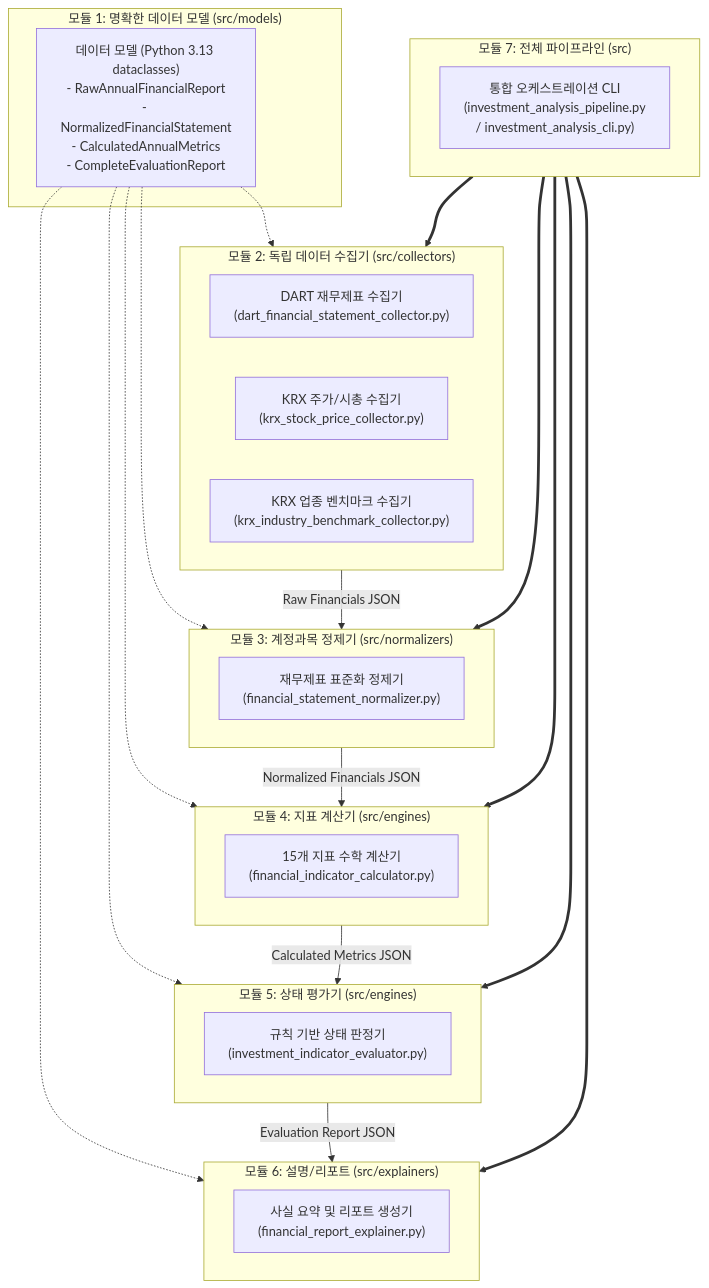
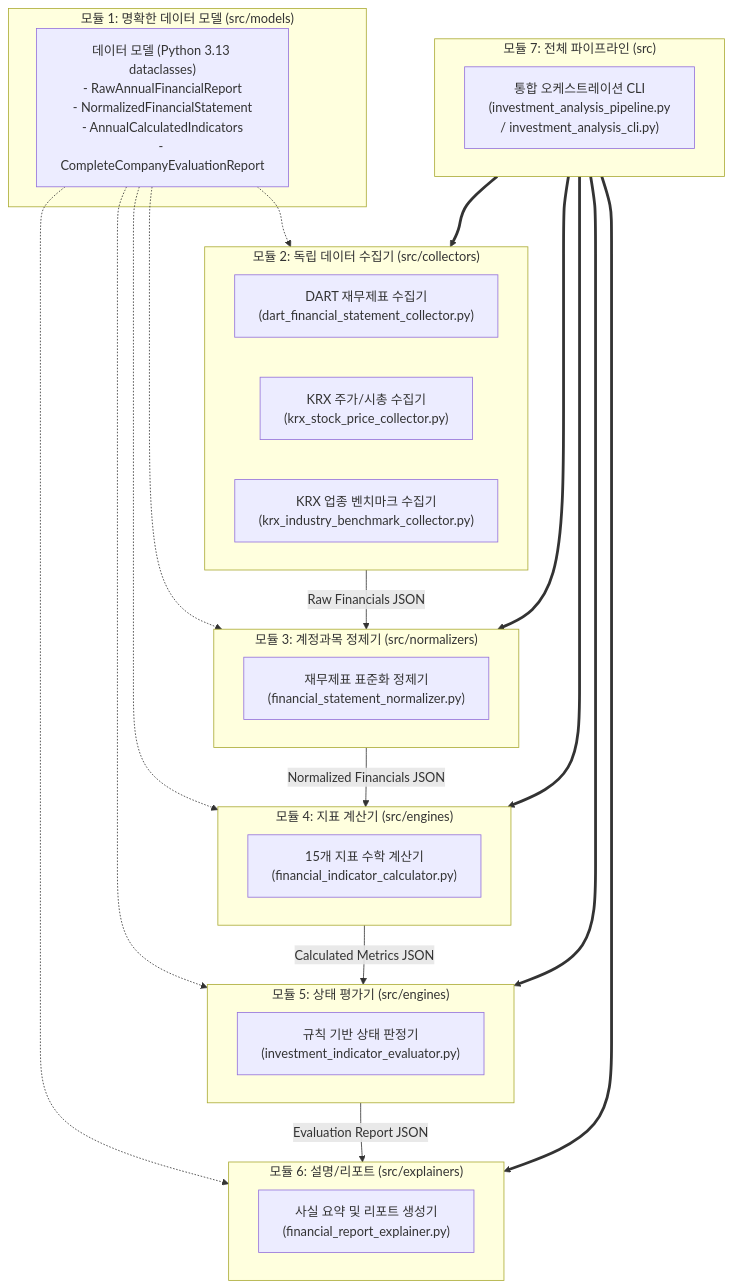
The diagram in docs/MODULAR_IMPLEMENTATION_PLAN.md (jchyng/auto-finance-system), drawn with Mermaid before and after one commit. The commit also changed other lines of this file and 7 other files, not shown here.

````diff
--- a/docs/MODULAR_IMPLEMENTATION_PLAN.md
+++ b/docs/MODULAR_IMPLEMENTATION_PLAN.md
@@ -11,47 +11,47 @@
 ```mermaid
 flowchart TD
     subgraph M1["모듈 1: 명확한 데이터 모델 (src/models)"]
-        MODELS["데이터 모델 (Python 3.13 dataclasses)<br>- RawAnnualFinancialReport<br>- NormalizedFinancialStatement<br>- CalculatedAnnualMetrics<br>- CompleteEvaluationReport"]
+        MODELS["데이터 모델 (Python 3.13 dataclasses)<br>- RawAnnualFinancialReport<br>- NormalizedFinancialStatement<br>- AnnualCalculatedIndicators<br>- CompleteCompanyEvaluationReport"]
     end
 
     subgraph M2["모듈 2: 독립 데이터 수집기 (src/collectors)"]
         C_FIN["DART 재무제표 수집기<br>(dart_financial_statement_collector.py)"]
         C_PRICE["KRX 주가/시총 수집기<br>(krx_stock_price_collector.py)"]
         C_IND["KRX 업종 벤치마크 수집기<br>(krx_industry_benchmark_collector.py)"]
     end
 
     subgraph M3["모듈 3: 계정과목 정제기 (src/normalizers)"]
         NORM["재무제표 표준화 정제기<br>(financial_statement_normalizer.py)"]
     end
 
     subgraph M4["모듈 4: 지표 계산기 (src/engines)"]
         CALC["15개 지표 수학 계산기<br>(financial_indicator_calculator.py)"]
     end
 
     subgraph M5["모듈 5: 상태 평가기 (src/engines)"]
         EVAL["규칙 기반 상태 판정기<br>(investment_indicator_evaluator.py)"]
     end
 
     subgraph M6["모듈 6: 설명/리포트 (src/explainers)"]
         EXP["사실 요약 및 리포트 생성기<br>(financial_report_explainer.py)"]
     end
 
     subgraph M7["모듈 7: 전체 파이프라인 (src)"]
         PIPE["통합 오케스트레이션 CLI<br>(investment_analysis_pipeline.py<br>/ investment_analysis_cli.py)"]
     end
 
     MODELS -.-> M2
     MODELS -.-> M3
     MODELS -.-> M4
     MODELS -.-> M5
     MODELS -.-> M6
     M2 -->|Raw Financials JSON| M3
     M3 -->|Normalized Financials JSON| M4
     M4 -->|Calculated Metrics JSON| M5
     M5 -->|Evaluation Report JSON| M6
     M7 ==> M2
     M7 ==> M3
     M7 ==> M4
     M7 ==> M5
     M7 ==> M6
 ```
````
